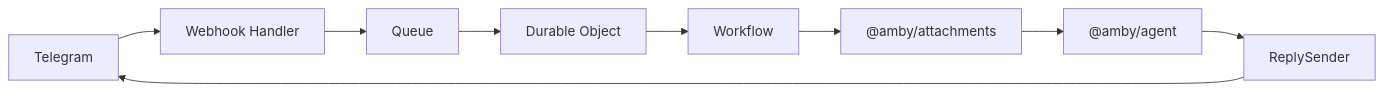
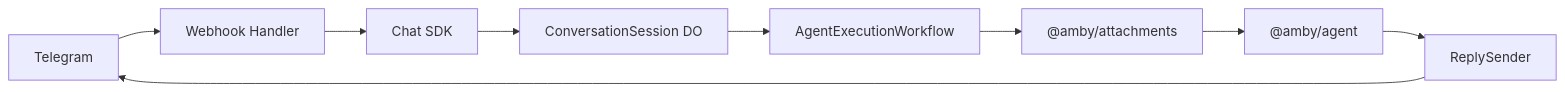
One commit to punitarani/amby changed the second of 2 diagrams in docs/ARCHITECTURE.md. Above: the diagram before and after it, drawn with Mermaid. The commit also changed other lines of this file and 27 other files, not shown here.

First line of the commit message:
Improve telegram conversation flow (#112)

````diff
--- a/docs/ARCHITECTURE.md
+++ b/docs/ARCHITECTURE.md
@@ -93,11 +93,11 @@
 ```mermaid
 flowchart LR
     TG[Telegram] --> WH[Webhook Handler]
-    WH --> Q[Queue]
-    Q --> DO[Durable Object]
-    DO --> WF[Workflow]
+    WH --> SDK[Chat SDK]
+    SDK --> DO[ConversationSession DO]
+    DO --> WF[AgentExecutionWorkflow]
     WF --> Attach["@amby/attachments"]
     Attach --> Agent["@amby/agent"]
     Agent --> Sender["ReplySender"]
     Sender --> TG
 ```
````
